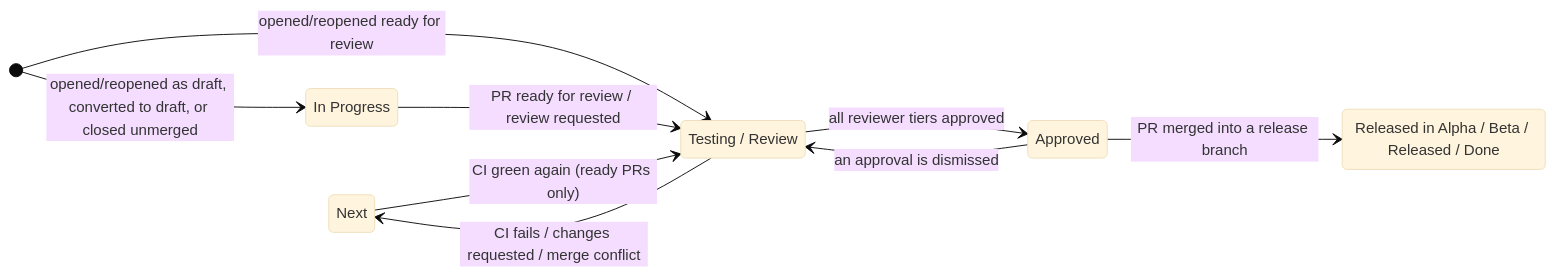
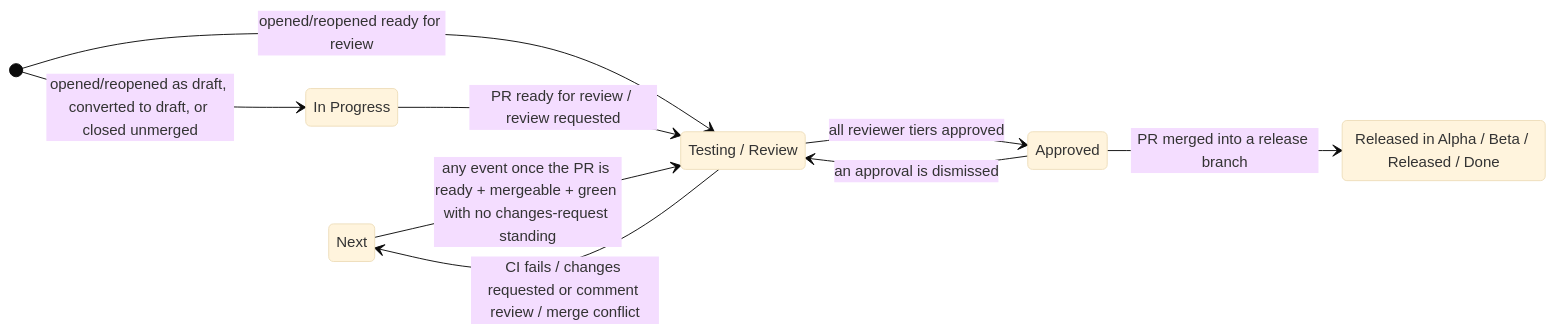
Before and after one commit to nsquared-team/asana-comment-on-task-github-action: the diagram in README.md, drawn with Mermaid (base theme). The commit also changed other lines of this file and 10 other files, not shown here.

First line of the commit message:
Restate the review state after every event (#34)

````diff
--- a/README.md
+++ b/README.md
@@ -13,18 +13,18 @@
 ```mermaid
 stateDiagram-v2
     direction LR
     Next : Next
     InProgress : In Progress
     Testing : Testing / Review
     Approved : Approved
     Release : Released in Alpha / Beta / Released / Done
 
     [*] --> InProgress : opened/reopened as draft, converted to draft, or closed unmerged
     [*] --> Testing : opened/reopened ready for review
     InProgress --> Testing : PR ready for review / review requested
-    Testing --> Next : CI fails / changes requested / merge conflict
-    Next --> Testing : CI green again (ready PRs only)
+    Testing --> Next : CI fails / changes requested or comment review / merge conflict
+    Next --> Testing : any event once the PR is ready + mergeable + green with no changes-request standing
     Testing --> Approved : all reviewer tiers approved
     Approved --> Testing : an approval is dismissed
     Approved --> Release : PR merged into a release branch
 ```
````
